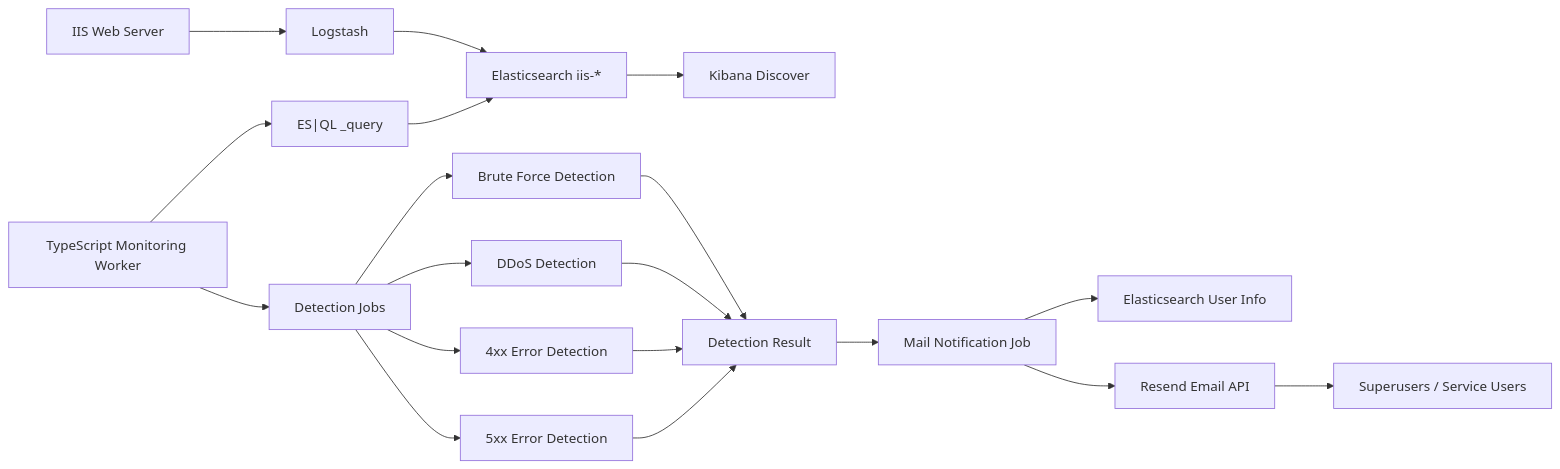
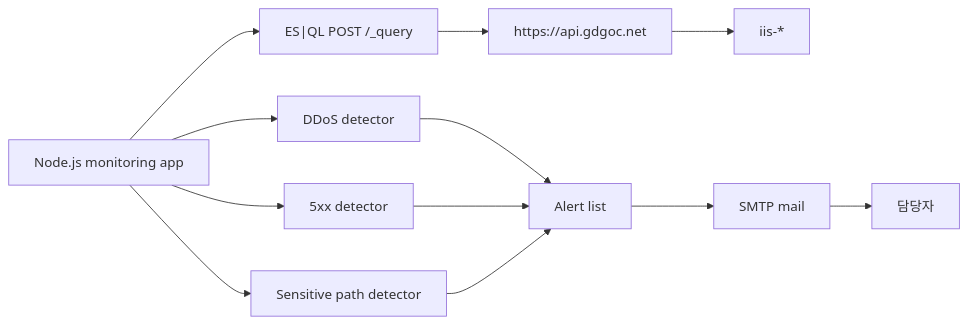
One commit to GDGoC-Gachon/25-26-Web-Log-Monitoring-Study changed the diagram in Docs/monitoring-system-development-guide.md. Above: the diagram before and after it, drawn with Mermaid. The commit also changed other lines of this file and 29 other files, not shown here.

````diff
--- a/Docs/monitoring-system-development-guide.md
+++ b/Docs/monitoring-system-development-guide.md
@@ -9,25 +17,14 @@
 ```mermaid
 flowchart LR
-    IIS["IIS Web Server"] --> Logstash["Logstash"]
-    Logstash --> ES["Elasticsearch iis-*"]
-    ES --> Kibana["Kibana Discover"]
-
-    App["TypeScript Monitoring Worker"] --> Query["ES|QL _query"]
-    Query --> ES
-
-    App --> Jobs["Detection Jobs"]
-    Jobs --> BruteForce["Brute Force Detection"]
-    Jobs --> Ddos["DDoS Detection"]
-    Jobs --> WebError["4xx Error Detection"]
-    Jobs --> ServerError["5xx Error Detection"]
-
-    BruteForce --> Result["Detection Result"]
-    Ddos --> Result
-    WebError --> Result
-    ServerError --> Result
-
-    Result --> MailJob["Mail Notification Job"]
-    MailJob --> Users["Elasticsearch User Info"]
-    MailJob --> Resend["Resend Email API"]
-    Resend --> Recipients["Superusers / Service Users"]
+    App["Node.js monitoring app"] --> Query["ES|QL POST /_query"]
+    Query --> Api["https://api.gdgoc.net"]
+    Api --> Index["iis-*"]
+    App --> Ddos["DDoS detector"]
+    App --> Errors["5xx detector"]
+    App --> Paths["Sensitive path detector"]
+    Ddos --> Alert["Alert list"]
+    Errors --> Alert
+    Paths --> Alert
+    Alert --> Smtp["SMTP mail"]
+    Smtp --> Recipients["담당자"]
 ```
````
